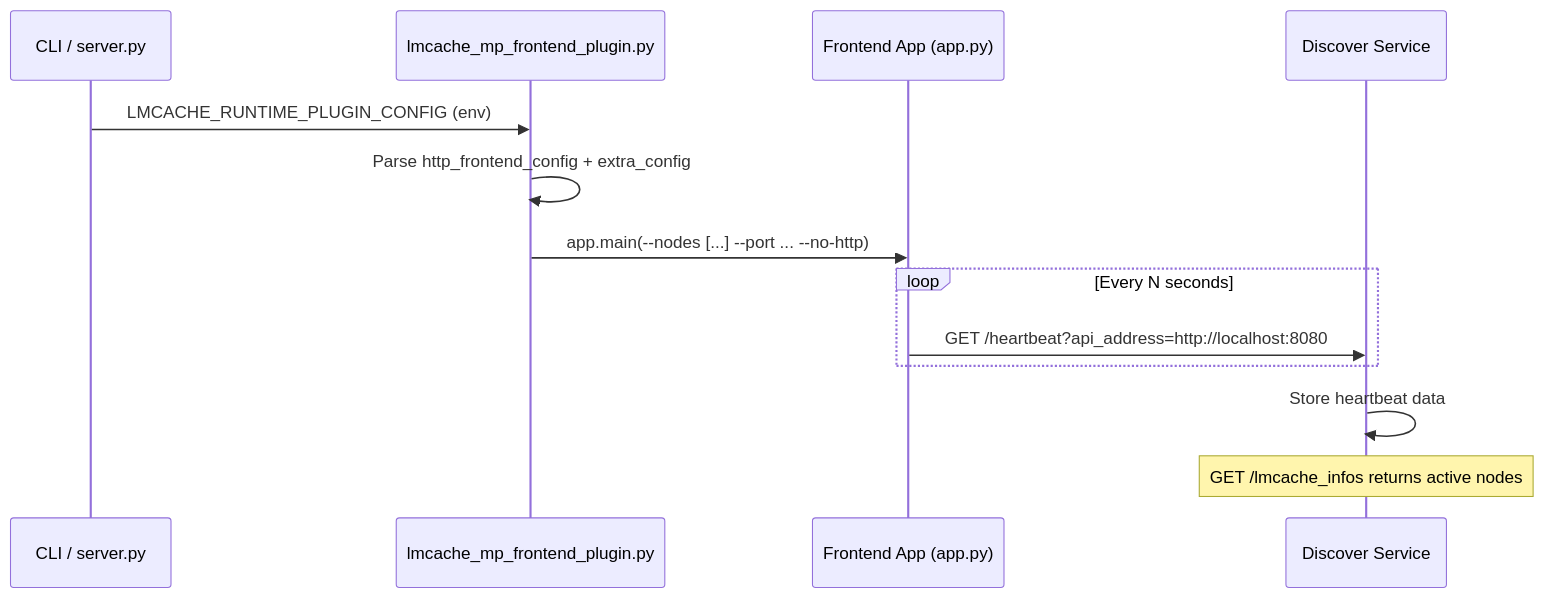
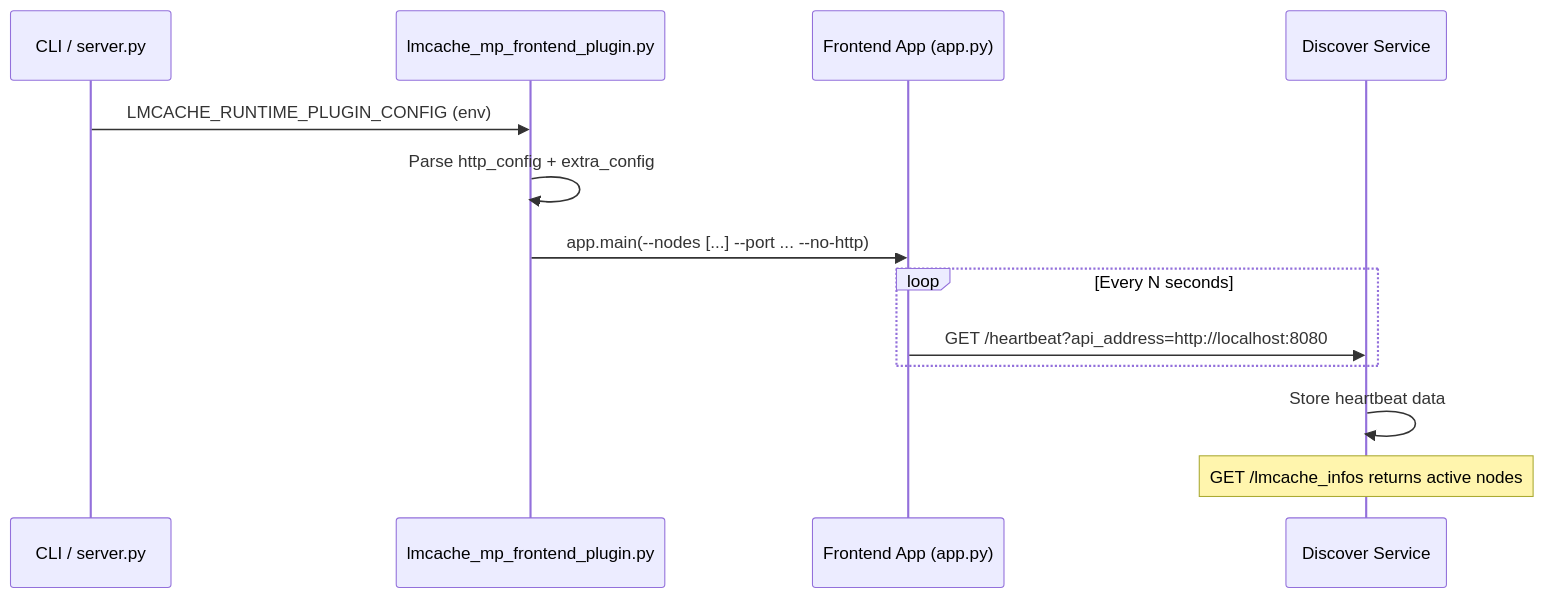
The third of 3 diagrams in docs/design/mp_runtime_plugin.md (LMCache/LMCache), drawn with Mermaid before and after one commit. The commit also changed other lines of this file and 1 other file, not shown here.

Commit message:
Rename the http_config

````diff
--- a/docs/design/mp_runtime_plugin.md
+++ b/docs/design/mp_runtime_plugin.md
@@ -280,16 +280,16 @@
 ```mermaid
 sequenceDiagram
     participant CLI as CLI / server.py
     participant P as lmcache_mp_frontend_plugin.py
     participant FA as Frontend App (app.py)
     participant DS as Discover Service
 
     CLI->>P: LMCACHE_RUNTIME_PLUGIN_CONFIG (env)
-    P->>P: Parse http_frontend_config + extra_config
+    P->>P: Parse http_config + extra_config
     P->>FA: app.main(--nodes [...] --port ... --no-http)
     loop Every N seconds
         FA->>DS: GET /heartbeat?api_address=http://localhost:8080
     end
     DS->>DS: Store heartbeat data
     Note over DS: GET /lmcache_infos returns active nodes
 ```
````
